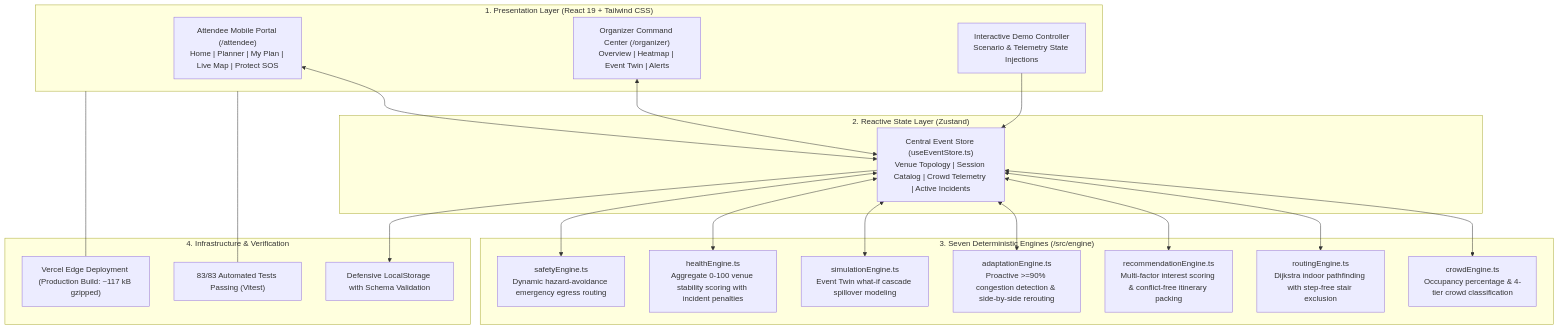
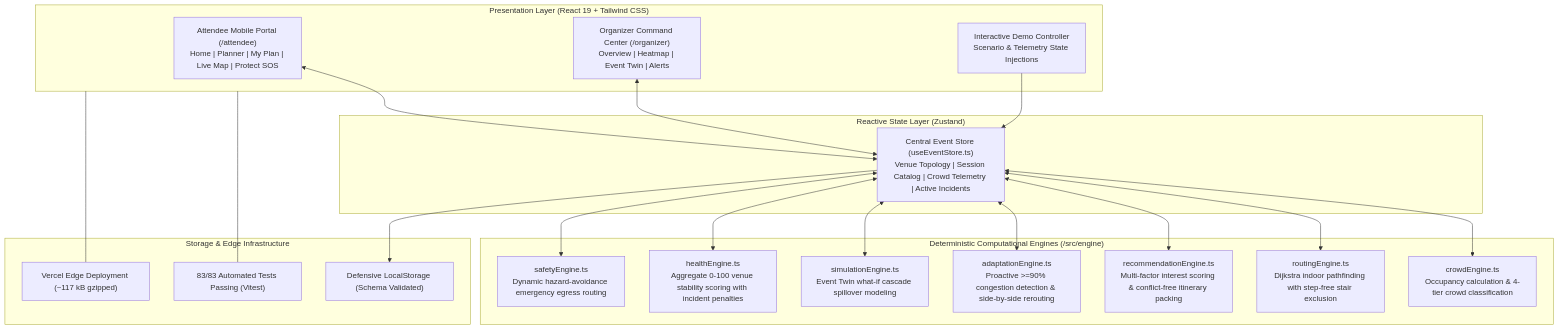
Before and after one commit to Kanneboinashivakumar/MILO: the diagram in README.md, drawn with Mermaid. The commit also changed other lines of this file and 1 other file, not shown here.

Commit message:
docs: add brand logo, shields.io deployment badges, MIT license, and humanized engineering-grade architecture overview

````diff
--- a/README.md
+++ b/README.md
@@ -40,42 +62,42 @@
 ```mermaid
 flowchart TD
-    subgraph Presentation ["1. Presentation Layer (React 19 + Tailwind CSS)"]
+    subgraph Presentation ["Presentation Layer (React 19 + Tailwind CSS)"]
         A["Attendee Mobile Portal (/attendee)<br/>Home | Planner | My Plan | Live Map | Protect SOS"]
         O["Organizer Command Center (/organizer)<br/>Overview | Heatmap | Event Twin | Alerts"]
         D["Interactive Demo Controller<br/>Scenario & Telemetry State Injections"]
     end
 
-    subgraph State ["2. Reactive State Layer (Zustand)"]
+    subgraph State ["Reactive State Layer (Zustand)"]
         S["Central Event Store (useEventStore.ts)<br/>Venue Topology | Session Catalog | Crowd Telemetry | Active Incidents"]
     end
 
-    subgraph Engines ["3. Seven Deterministic Engines (/src/engine)"]
-        E1["crowdEngine.ts<br/>Occupancy percentage & 4-tier crowd classification"]
+    subgraph Engines ["Deterministic Computational Engines (/src/engine)"]
+        E1["crowdEngine.ts<br/>Occupancy calculation & 4-tier crowd classification"]
         E2["routingEngine.ts<br/>Dijkstra indoor pathfinding with step-free stair exclusion"]
         E3["recommendationEngine.ts<br/>Multi-factor interest scoring & conflict-free itinerary packing"]
         E4["adaptationEngine.ts<br/>Proactive >=90% congestion detection & side-by-side rerouting"]
         E5["simulationEngine.ts<br/>Event Twin what-if cascade spillover modeling"]
         E6["healthEngine.ts<br/>Aggregate 0-100 venue stability scoring with incident penalties"]
         E7["safetyEngine.ts<br/>Dynamic hazard-avoidance emergency egress routing"]
     end
 
-    subgraph Infra ["4. Infrastructure & Verification"]
-        I1["Defensive LocalStorage with Schema Validation"]
+    subgraph Infra ["Storage & Edge Infrastructure"]
+        I1["Defensive LocalStorage (Schema Validated)"]
         I2["83/83 Automated Tests Passing (Vitest)"]
-        I3["Vercel Edge Deployment (Production Build: ~117 kB gzipped)"]
+        I3["Vercel Edge Deployment (~117 kB gzipped)"]
     end
 
     A <--> S
     O <--> S
     D --> S
     S <--> E1
     S <--> E2
     S <--> E3
     S <--> E4
     S <--> E5
     S <--> E6
     S <--> E7
     S --> I1
     Presentation --- I2
     Presentation --- I3
 ```
````
